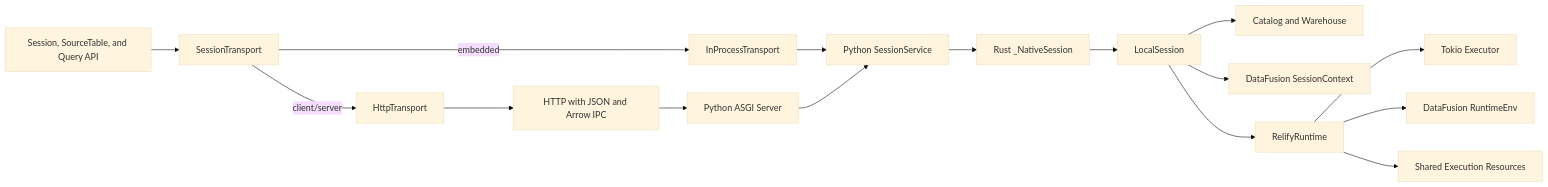
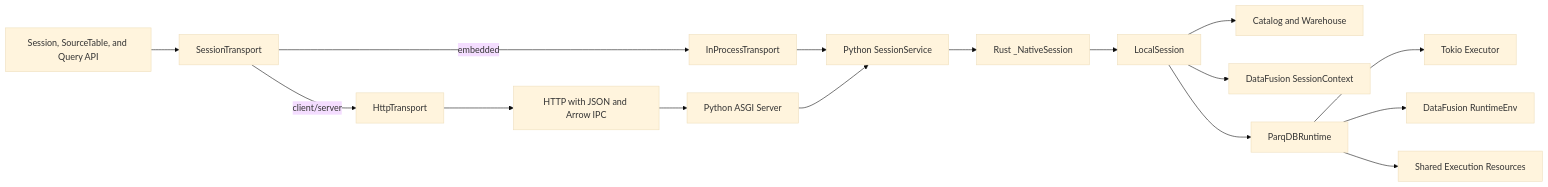
The first of 2 diagrams in docs/rfcs/20260815-unified-embedded-client-server-api.md (parqdb-io/parqdb), drawn with Mermaid (base theme) before and after one commit. The commit also changed other lines of this file and 435 other files, not shown here.

Commit message:
refactor!: rename Relify to ParqDB

````diff
--- a/docs/rfcs/20260815-unified-embedded-client-server-api.md
+++ b/docs/rfcs/20260815-unified-embedded-client-server-api.md
@@ -471,21 +471,21 @@
 ```mermaid
 flowchart LR
     API["Session, SourceTable, and Query API"] --> T["SessionTransport"]
 
     T -->|embedded| I["InProcessTransport"]
     T -->|client/server| H["HttpTransport"]
 
     I --> S["Python SessionService"]
     H --> N["HTTP with JSON and Arrow IPC"]
     N --> R["Python ASGI Server"]
     R --> S
 
     S --> L["Rust _NativeSession"]
     L --> LS["LocalSession"]
     LS --> C["Catalog and Warehouse"]
     LS --> E["DataFusion SessionContext"]
-    LS --> RT["RelifyRuntime"]
+    LS --> RT["ParqDBRuntime"]
     RT --> X["Tokio Executor"]
     RT --> RE["DataFusion RuntimeEnv"]
     RT --> P["Shared Execution Resources"]
 ```
````
